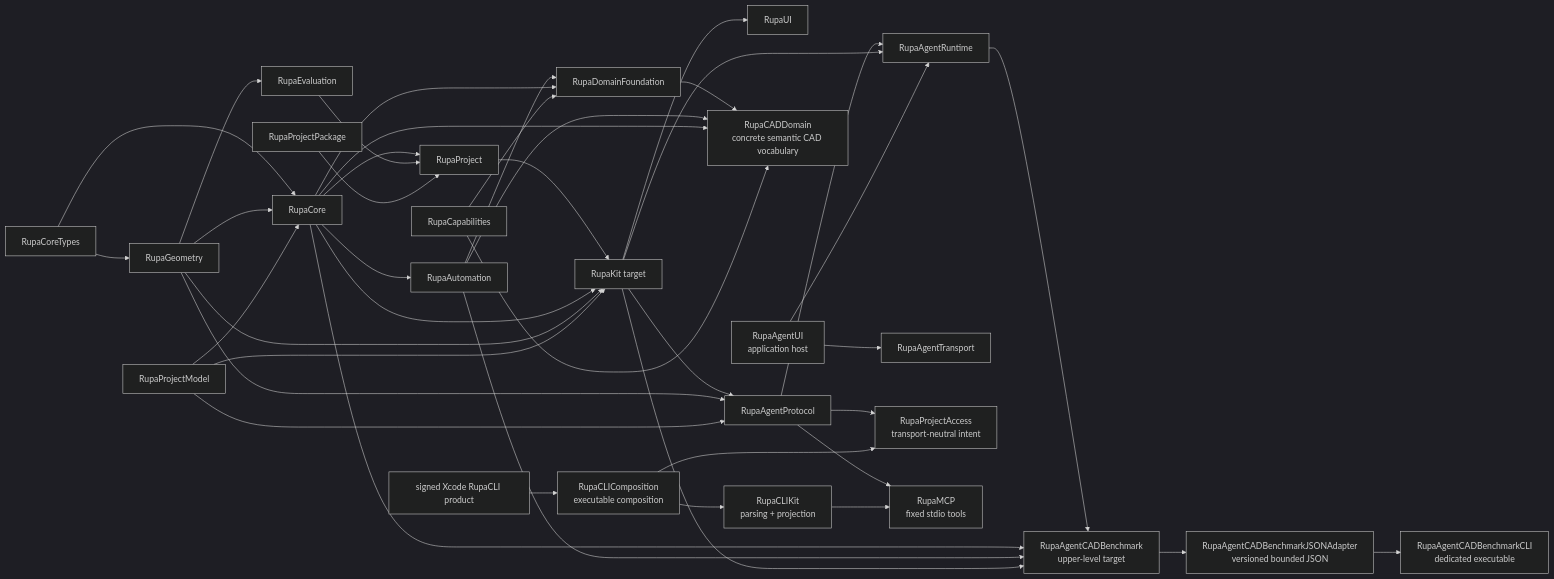
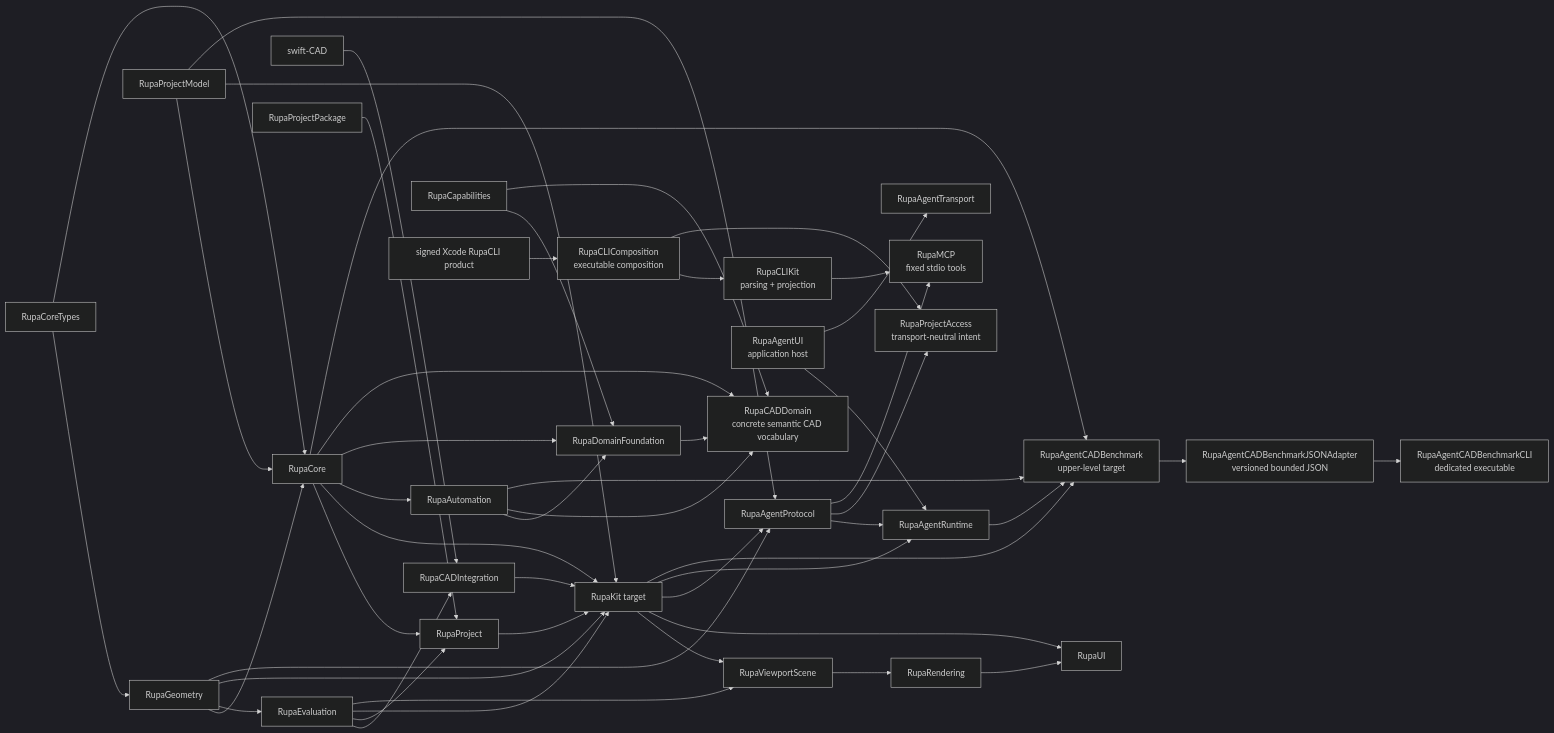
The first of 2 diagrams in RupaKit/DESIGN.md (1amageek/Rupa), drawn with Mermaid (dark theme) before and after one commit. The commit also changed other lines of this file and 13 other files, not shown here.

````diff
--- a/RupaKit/DESIGN.md
+++ b/RupaKit/DESIGN.md
@@ -82,43 +90,51 @@
 ```mermaid
 flowchart LR
     CoreTypes[RupaCoreTypes] --> Geometry[RupaGeometry]
     CoreTypes --> Core[RupaCore]
     Geometry --> Core
     ProjectModel[RupaProjectModel] --> Core
+    SwiftCAD[swift-CAD] --> CADIntegration[RupaCADIntegration]
+    Evaluation[RupaEvaluation] --> CADIntegration
+    CADIntegration --> Kit
     Core --> Project[RupaProject]
-    Evaluation[RupaEvaluation] --> Project
+    Evaluation --> Project
     Package[RupaProjectPackage] --> Project
     Geometry --> Evaluation
     Project --> Kit[RupaKit target]
     Core --> Kit
     Geometry --> Kit
     ProjectModel --> Kit
+    Evaluation --> Kit
+    Evaluation --> ViewportScene[RupaViewportScene]
+    Kit --> ViewportScene
+    ViewportScene --> Rendering[RupaRendering]
+    Rendering --> UI
     Kit --> UI["RupaUI"]
     Kit --> AgentProtocol[RupaAgentProtocol]
     Geometry --> AgentProtocol
     ProjectModel --> AgentProtocol
     Automation[RupaAutomation] --> DomainFoundation[RupaDomainFoundation]
     Core --> Automation
     Core --> DomainFoundation
     Capabilities[RupaCapabilities] --> DomainFoundation
     DomainFoundation --> CADDomain["RupaCADDomain\nconcrete semantic CAD vocabulary"]
     Automation --> CADDomain
     Core --> CADDomain
     Capabilities --> CADDomain
     AgentProtocol --> AgentRuntime[RupaAgentRuntime]
     Kit --> AgentRuntime
     AgentUI[RupaAgentUI\napplication host] --> AgentRuntime
     AgentUI --> AgentTransport[RupaAgentTransport]
     AgentRuntime --> Benchmark["RupaAgentCADBenchmark\nupper-level target"]
     Core --> Benchmark
     Automation --> Benchmark
     Kit --> Benchmark
     Benchmark --> JSONAdapter["RupaAgentCADBenchmarkJSONAdapter\nversioned bounded JSON"]
     JSONAdapter --> BenchmarkCLI["RupaAgentCADBenchmarkCLI\ndedicated executable"]
     AgentProtocol --> Access["RupaProjectAccess\ntransport-neutral intent"]
     AgentProtocol --> MCP["RupaMCP\nfixed stdio tools"]
     CLIProduct["signed Xcode RupaCLI product"] --> CLIComposition["RupaCLIComposition\nexecutable composition"]
     CLIComposition --> CLIKit["RupaCLIKit\nparsing + projection"]
     CLIKit --> MCP
     CLIComposition --> Access
 ```
````
